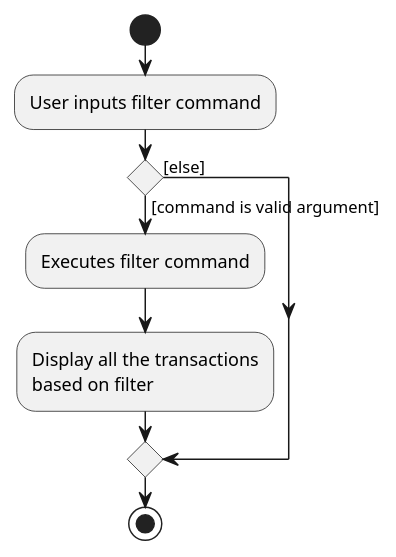
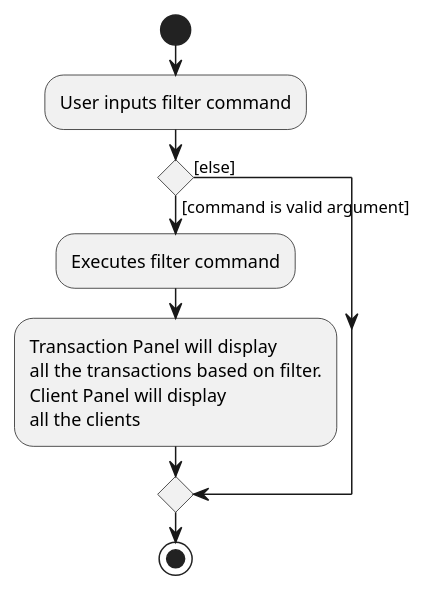
Before and after one commit to nus-cs2103-AY2223S1/tp: the diagram in docs/diagrams/FilterTransCmdActivityDiagram.puml, drawn with PlantUML. The commit also changed 3 other files, not shown here.

```diff
--- a/docs/diagrams/FilterTransCmdActivityDiagram.puml
+++ b/docs/diagrams/FilterTransCmdActivityDiagram.puml
@@ -1,15 +1,17 @@
 @startuml
 start
 :User inputs filter command;
 
 'Since the beta syntax does not support placing the condition outside the
 'diamond we place it as the true branch instead.
 
 if () then ([command is valid argument])
     :Executes filter command;
-    :Display all the transactions
-    based on filter;
+    :Transaction Panel will display
+    all the transactions based on filter.
+    Client Panel will display
+    all the clients;
 else ([else])
 endif
 stop
 @enduml
```
